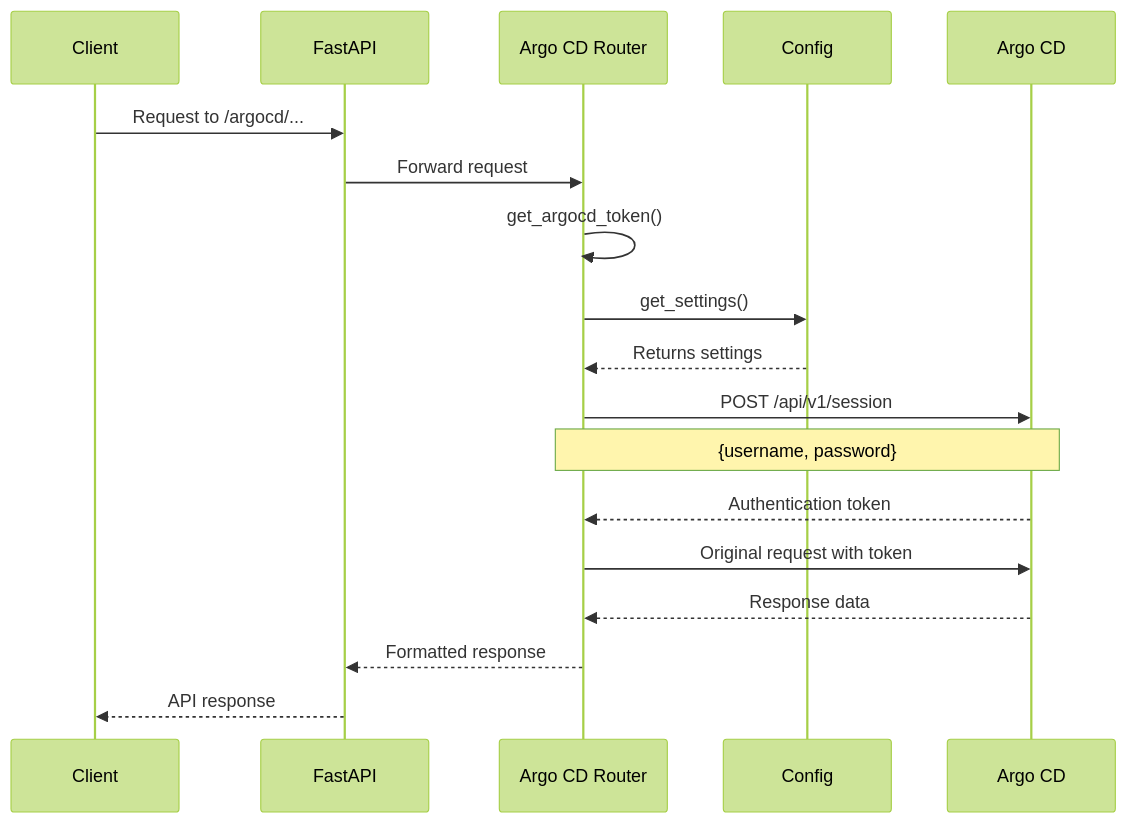
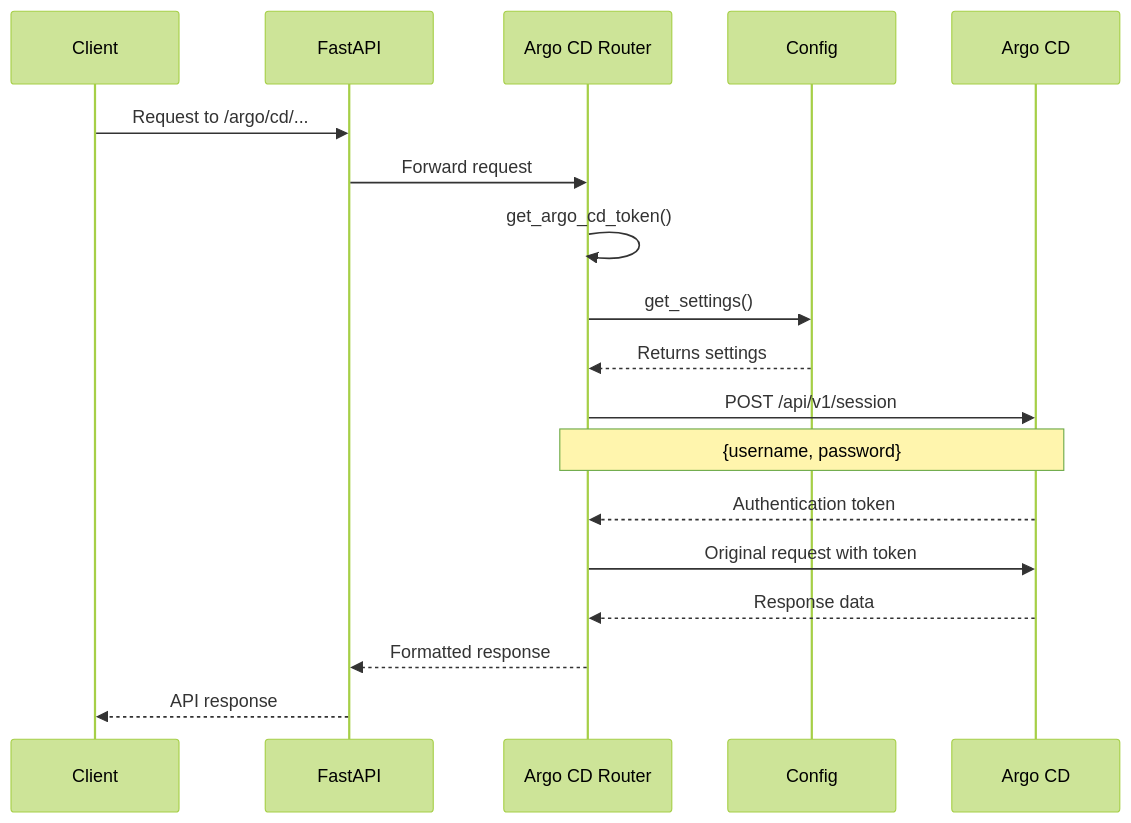
The third of 9 diagrams in README.md (lloydchang/tvp-k8s), drawn with Mermaid (forest theme) before and after one commit. The commit also changed 1 other file, not shown here.

````diff
--- a/README.md
+++ b/README.md
@@ -223,24 +223,24 @@
 ```mermaid
 sequenceDiagram
     participant Client
     participant FastAPI
     participant Argo CD Router
     participant Config
     participant Argo CD
     
-    Client->>FastAPI: Request to /argocd/...
+    Client->>FastAPI: Request to /argo/cd/...
     FastAPI->>Argo CD Router: Forward request
-    Argo CD Router->>Argo CD Router: get_argocd_token()
+    Argo CD Router->>Argo CD Router: get_argo_cd_token()
     Argo CD Router->>Config: get_settings()
     Config-->>Argo CD Router: Returns settings
     
     Argo CD Router->>Argo CD: POST /api/v1/session
     Note over Argo CD Router,Argo CD: {username, password}
     Argo CD-->>Argo CD Router: Authentication token
     
     Argo CD Router->>Argo CD: Original request with token
     Argo CD-->>Argo CD Router: Response data
     Argo CD Router-->>FastAPI: Formatted response
     FastAPI-->>Client: API response
 
 ```
````
